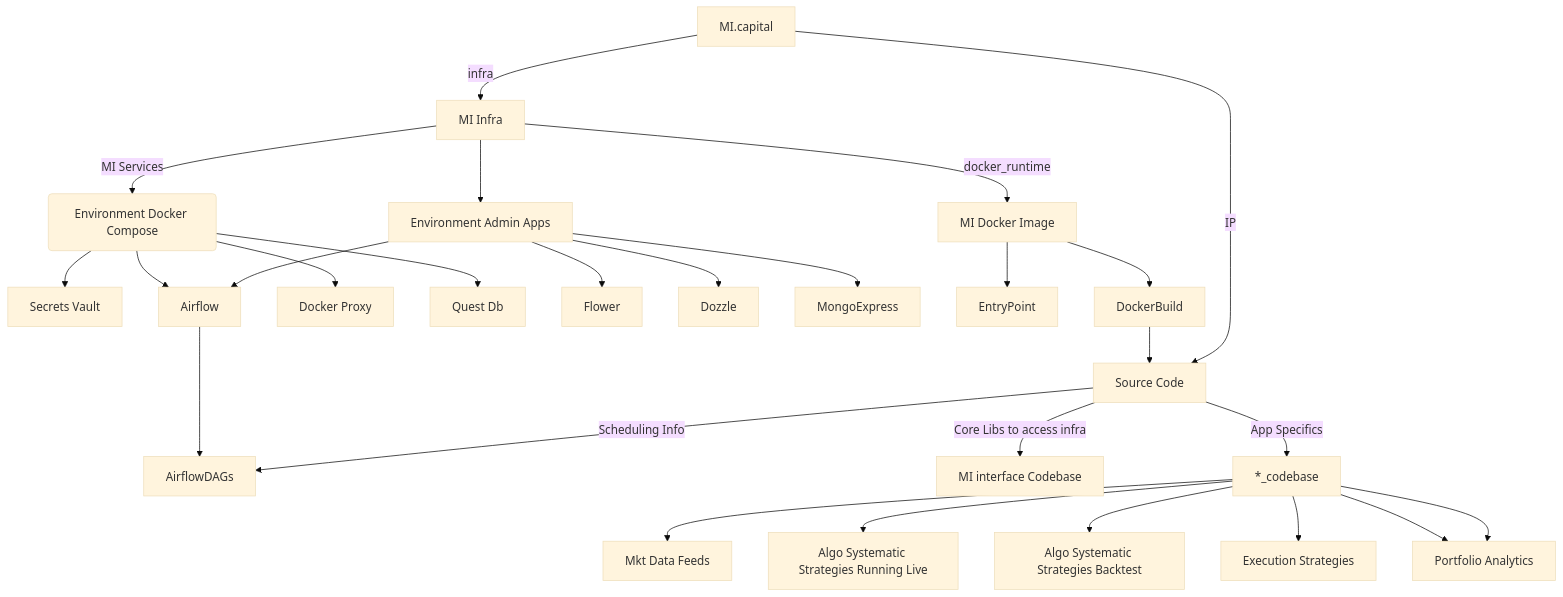
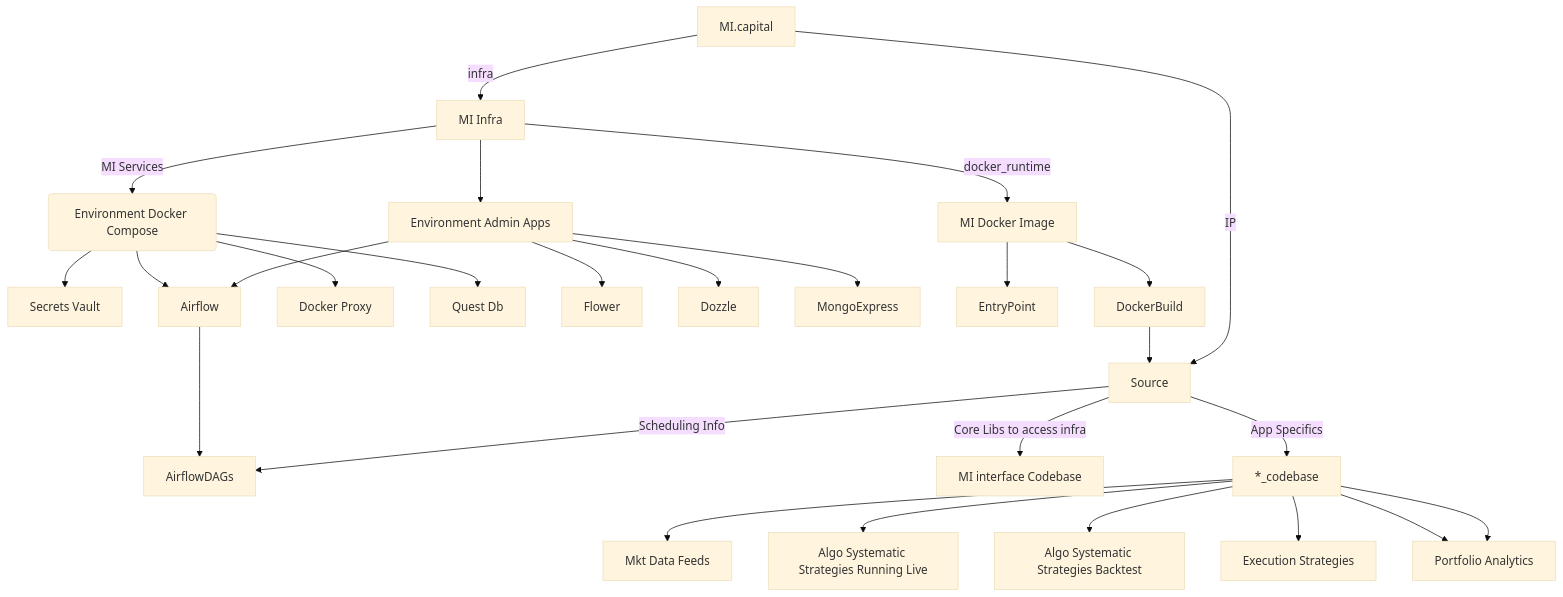
Before and after one commit to davewd/airflow: the diagram in README.md, drawn with Mermaid (base theme).

````diff
--- a/README.md
+++ b/README.md
@@ -6,41 +6,41 @@
 ```mermaid
 flowchart TD
     A[MI.capital] -->|infra| I[MI Infra]
 
     %% Services
     I -->|MI Services| B(Environment Docker Compose)
     B --> SV[Secrets Vault]
     B -->  Airflow
     B -->  DP[Docker Proxy]
     B -->  QDB[Quest Db]
 
     %% Administritive App's 
     I -->MIAdmin[Environment Admin Apps]
     MIAdmin --> Flower
     MIAdmin --> Dozzle
     MIAdmin --> MongoExpress
     MIAdmin --> Airflow
 
     Airflow --> AirflowDAGs
 
     %% Docker Runtime
     I -->|docker_runtime| D[MI Docker Image]
     D --> EntryPoint
     D --> DockerBuild
     DockerBuild --> SC
 
     %% Source code
-    A --> |IP| SC[Source Code]
+    A --> |IP| SC[Source]
     SC -->|Scheduling Info|AirflowDAGs
     SC -->|Core Libs to access infra| E[MI interface Codebase]
     SC -->|App Specifics| F[*_codebase]
     
     
     F --> MktDataFeeds[Mkt Data Feeds]
     F --> AlgoEngineLive[Algo Systematic Strategies Running Live]
     F --> AlgoEngineBacktest[Algo Systematic Strategies Backtest]
     F --> ExecutionStrategy[Execution Strategies]
     F --> PositionMonitor[Positon Risk & PnL]
     F --> PositionMonitor[Portfolio Analytics]
-  
+    
 ```
````
